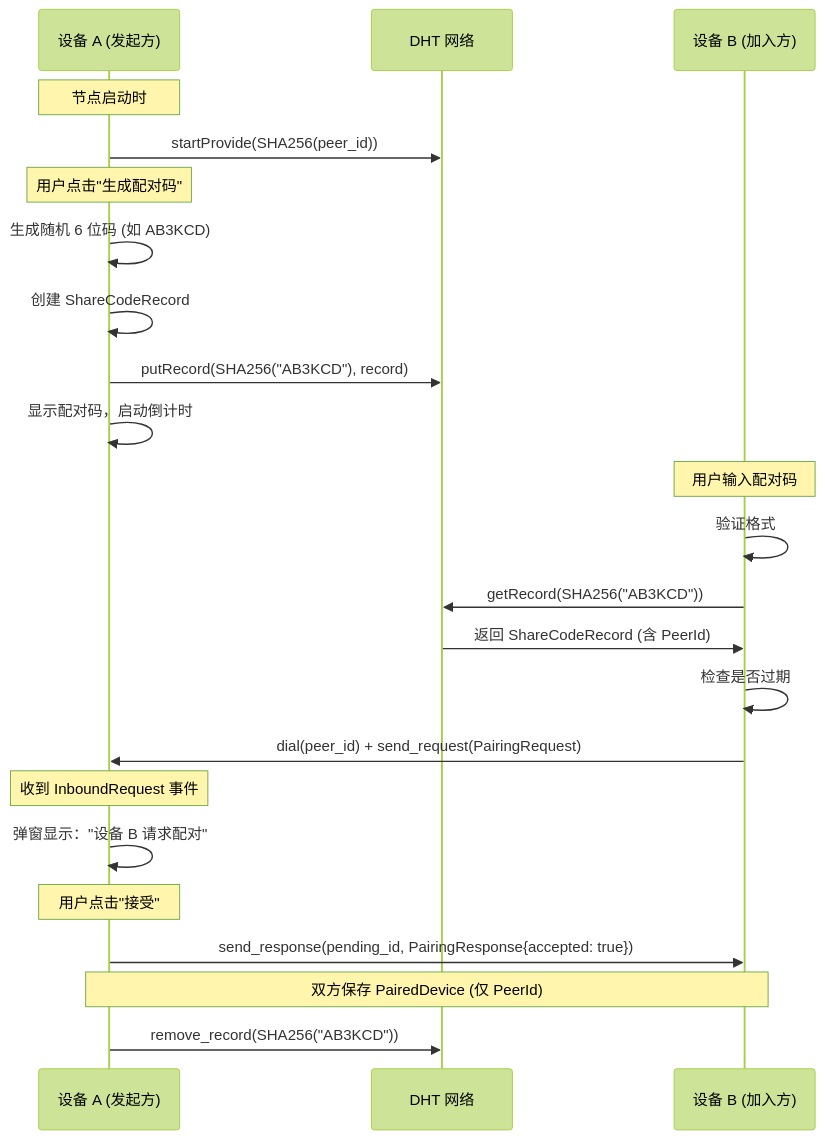
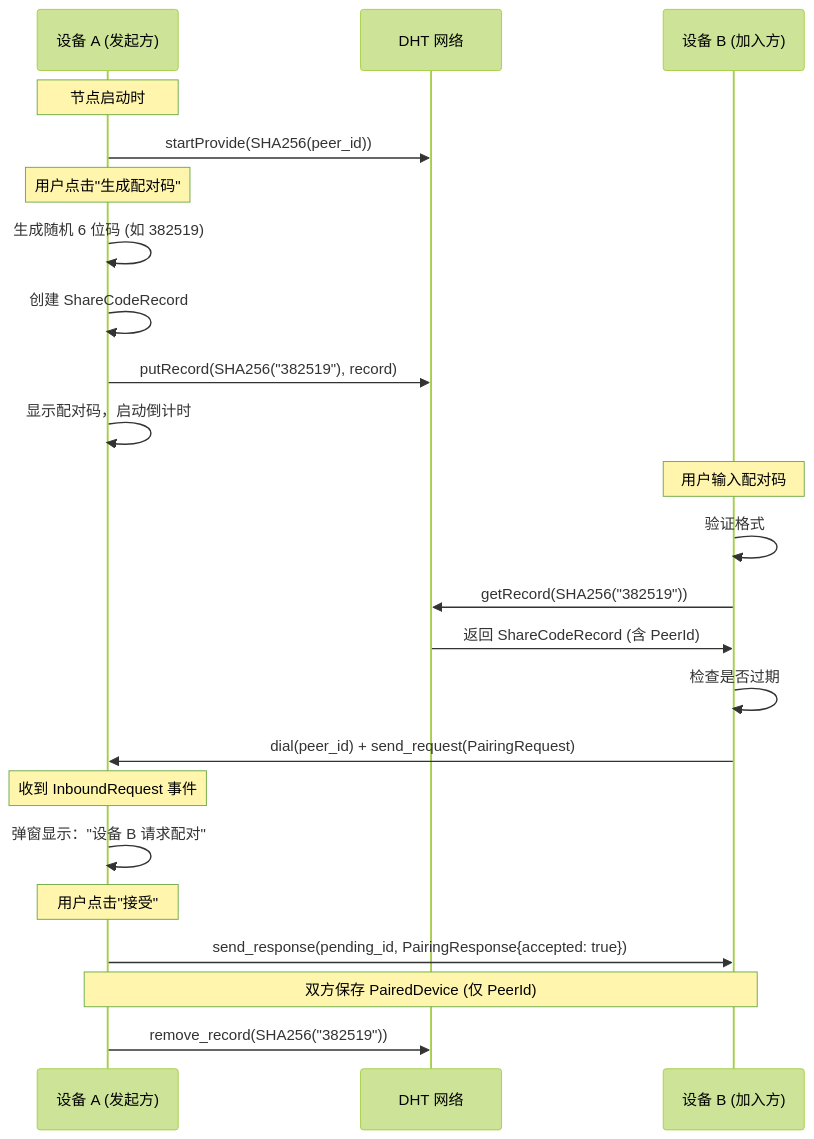
The second of 5 diagrams in dev-notes/design/pairing-implementation.md (hhan593/SwarmDrop), drawn with Mermaid (forest theme) before and after one commit. The commit also changed other lines of this file and 2 other files, not shown here.

````diff
--- a/dev-notes/design/pairing-implementation.md
+++ b/dev-notes/design/pairing-implementation.md
@@ -308,30 +307,30 @@
 ```mermaid
 sequenceDiagram
     participant A as 设备 A (发起方)
     participant DHT as DHT 网络
     participant B as 设备 B (加入方)
 
     Note over A: 节点启动时
     A->>DHT: startProvide(SHA256(peer_id))
 
     Note over A: 用户点击"生成配对码"
-    A->>A: 生成随机 6 位码 (如 AB3KCD)
+    A->>A: 生成随机 6 位码 (如 382519)
     A->>A: 创建 ShareCodeRecord
-    A->>DHT: putRecord(SHA256("AB3KCD"), record)
+    A->>DHT: putRecord(SHA256("382519"), record)
     A->>A: 显示配对码，启动倒计时
 
     Note over B: 用户输入配对码
     B->>B: 验证格式
-    B->>DHT: getRecord(SHA256("AB3KCD"))
+    B->>DHT: getRecord(SHA256("382519"))
     DHT->>B: 返回 ShareCodeRecord (含 PeerId)
     B->>B: 检查是否过期
     B->>A: dial(peer_id) + send_request(PairingRequest)
 
     Note over A: 收到 InboundRequest 事件
     A->>A: 弹窗显示："设备 B 请求配对"
     Note over A: 用户点击"接受"
     A->>B: send_response(pending_id, PairingResponse{accepted: true})
 
     Note over A,B: 双方保存 PairedDevice (仅 PeerId)
-    A->>DHT: remove_record(SHA256("AB3KCD"))
+    A->>DHT: remove_record(SHA256("382519"))
 ```
````
